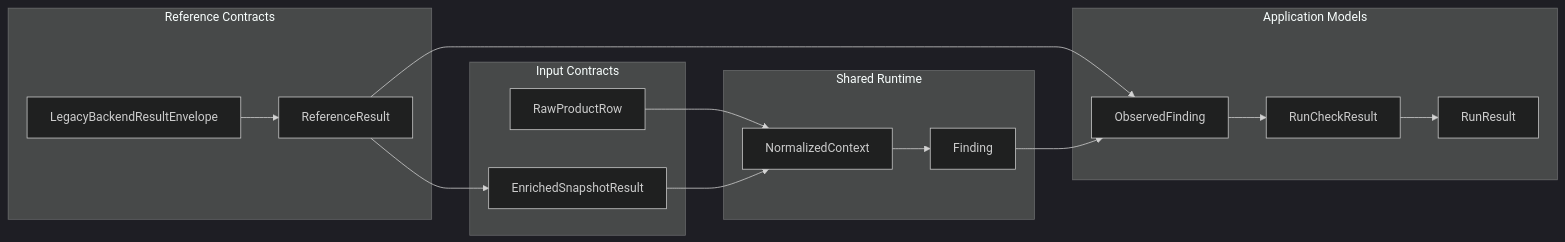
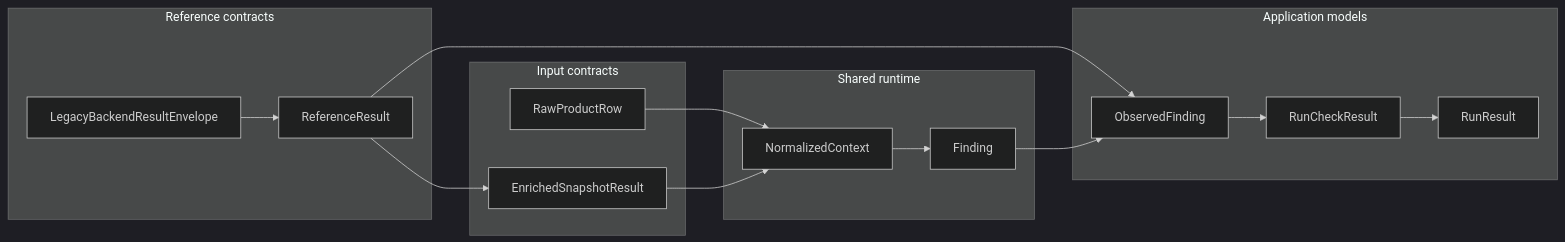
The diagram in docs/reference/data-contracts.md (bobcorn/openfoodfacts-data-quality), drawn with Mermaid (dark theme) before and after one commit. The commit also changed other lines of this file and 27 other files, not shown here.

````diff
--- a/docs/reference/data-contracts.md
+++ b/docs/reference/data-contracts.md
@@ -11,32 +9,32 @@
 ```mermaid
 flowchart LR
-    subgraph INPUTS["Input Contracts"]
+    subgraph INPUTS["Input contracts"]
         A["RawProductRow"]
         B["EnrichedSnapshotResult"]
     end
 
-    subgraph REF["Reference Contracts"]
+    subgraph REF["Reference contracts"]
         C["LegacyBackendResultEnvelope"]
         D["ReferenceResult"]
         C --> D
     end
 
-    subgraph RT["Shared Runtime"]
+    subgraph RT["Shared runtime"]
         E["NormalizedContext"]
         F["Finding"]
         E --> F
     end
 
-    subgraph APP["Application Models"]
+    subgraph APP["Application models"]
         G["ObservedFinding"]
         H["RunCheckResult"]
         I["RunResult"]
         G --> H --> I
     end
 
     A --> E
     B --> E
     D --> B
     D --> G
     F --> G
 ```
````
